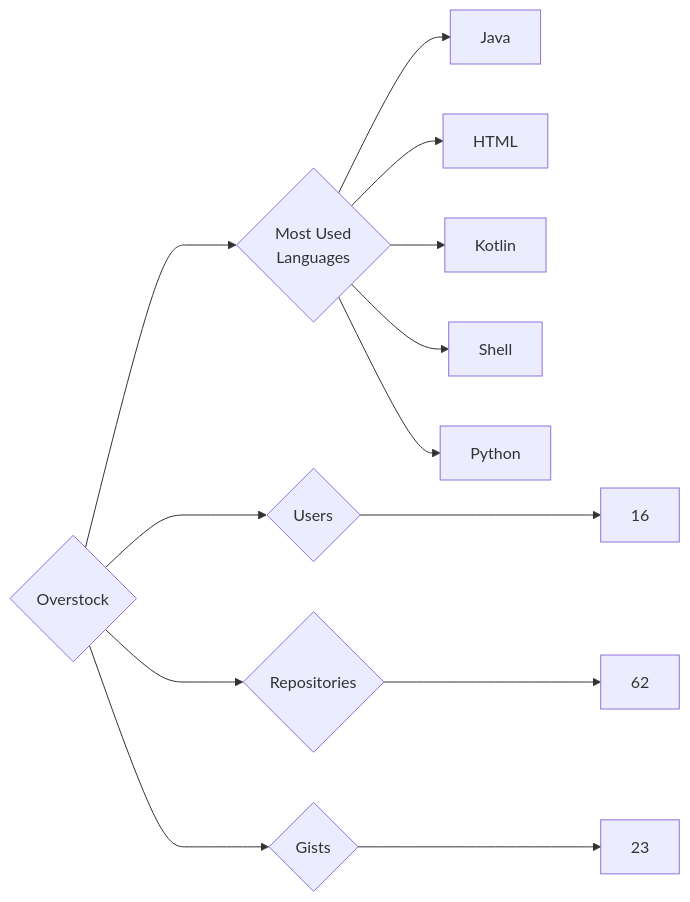
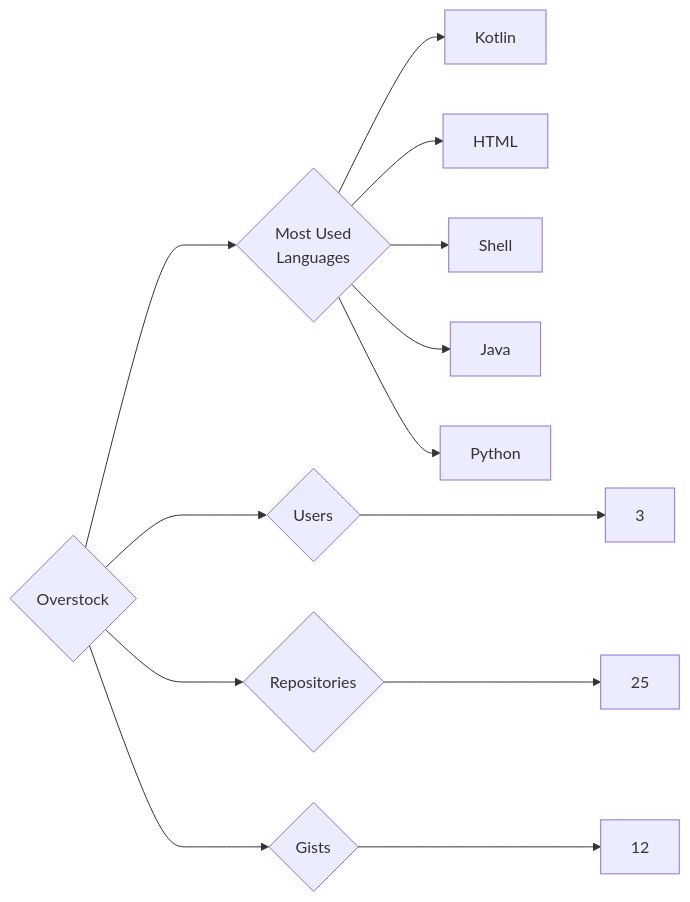
The diagram in targets/Overstock/README.md (trickest/insiders), drawn with Mermaid before and after one commit. The commit also changed 728 other files, not shown here.

````diff
--- a/targets/Overstock/README.md
+++ b/targets/Overstock/README.md
@@ -3,13 +3,13 @@
 ```mermaid
 graph LR
 COMPANY_NAME{Overstock}
-COMPANY_NAME ---> U{Users} ---> UN[16]
-COMPANY_NAME ---> R{Repositories} ---> RN[62]
-COMPANY_NAME ---> G{Gists} ---> GN[23]
+COMPANY_NAME ---> U{Users} ---> UN[3]
+COMPANY_NAME ---> R{Repositories} ---> RN[25]
+COMPANY_NAME ---> G{Gists} ---> GN[12]
 COMPANY_NAME ---> ML{Most Used<br>Languages}
+ML --> Kotlin[Kotlin]
+ML --> HTML[HTML]
+ML --> Shell[Shell]
 ML --> Java[Java]
-ML --> HTML[HTML]
-ML --> Kotlin[Kotlin]
-ML --> Shell[Shell]
 ML --> Python[Python]
 ```
````
